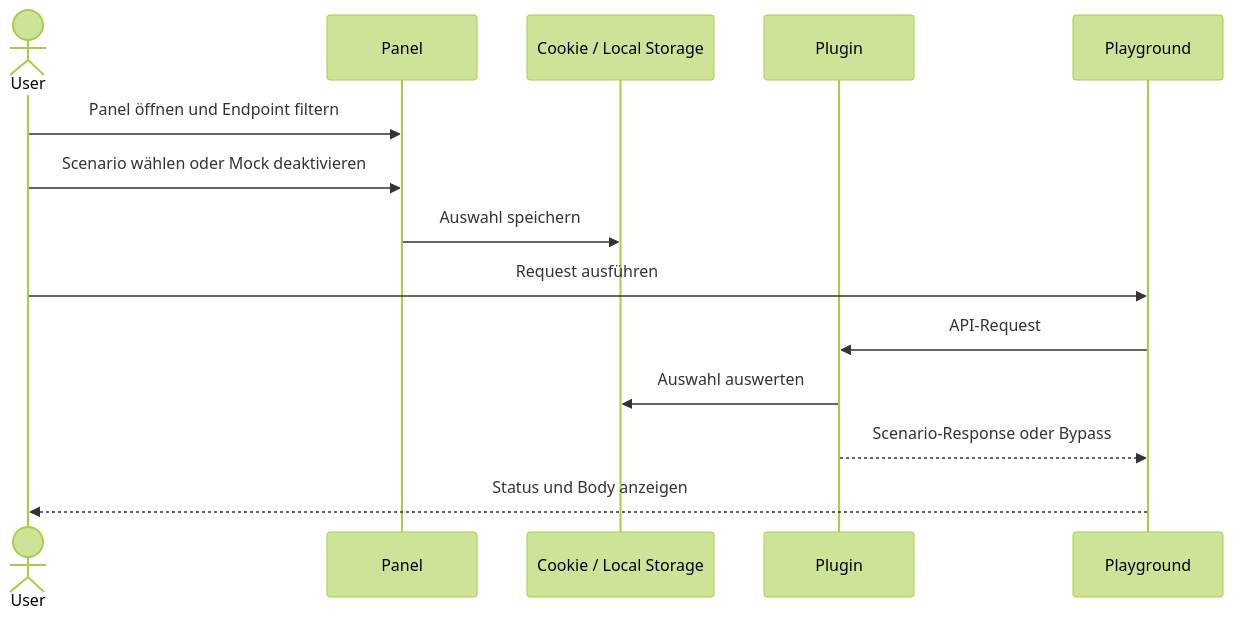
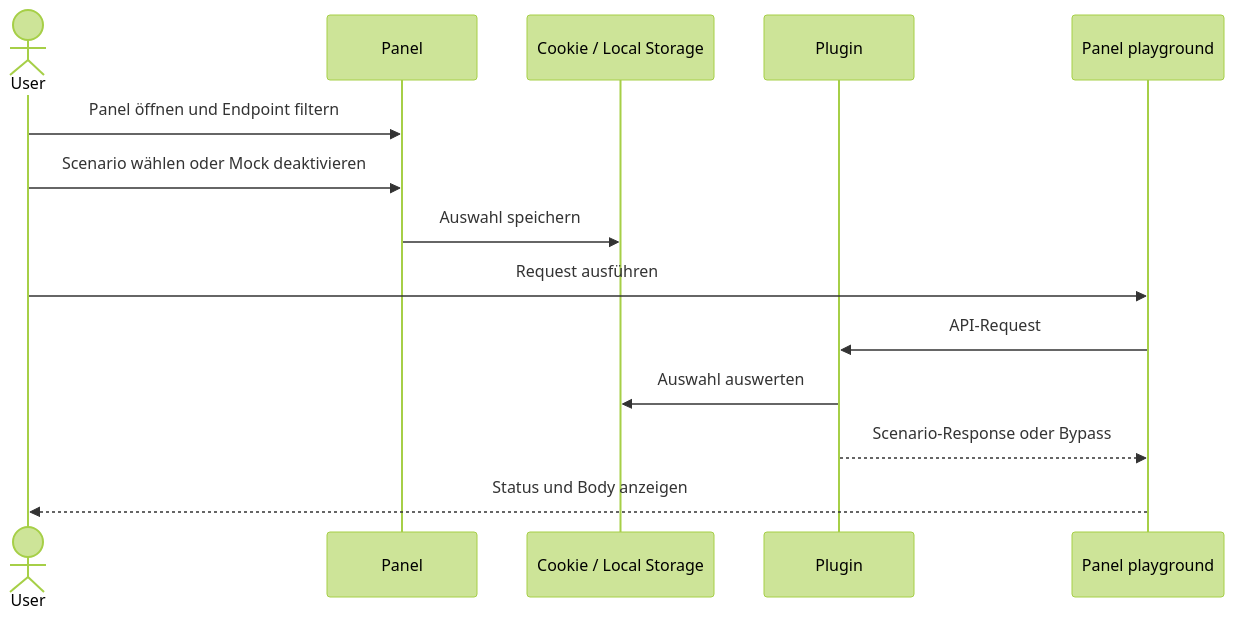
The first of 3 diagrams in test-cases.md (wesflo/lockxy), drawn with Mermaid (forest theme) before and after one commit. The commit also changed other lines of this file and 172 other files, not shown here.

````diff
--- a/test-cases.md
+++ b/test-cases.md
@@ -76,17 +76,17 @@
 ```mermaid
 sequenceDiagram
     actor User
     participant Panel
     participant State as Cookie / Local Storage
     participant Plugin
-    participant App as Playground
+    participant App as Panel playground
 
     User->>Panel: Panel öffnen und Endpoint filtern
     User->>Panel: Scenario wählen oder Mock deaktivieren
     Panel->>State: Auswahl speichern
     User->>App: Request ausführen
     App->>Plugin: API-Request
     Plugin->>State: Auswahl auswerten
     Plugin-->>App: Scenario-Response oder Bypass
     App-->>User: Status und Body anzeigen
 ```
````
